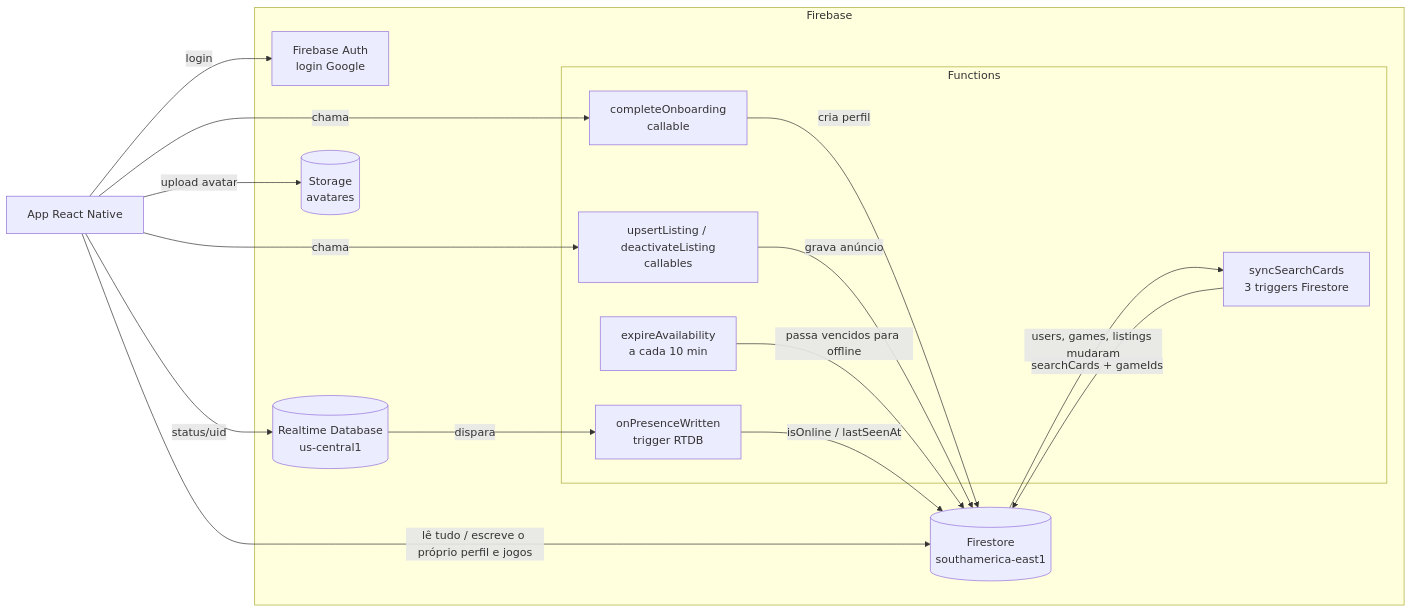
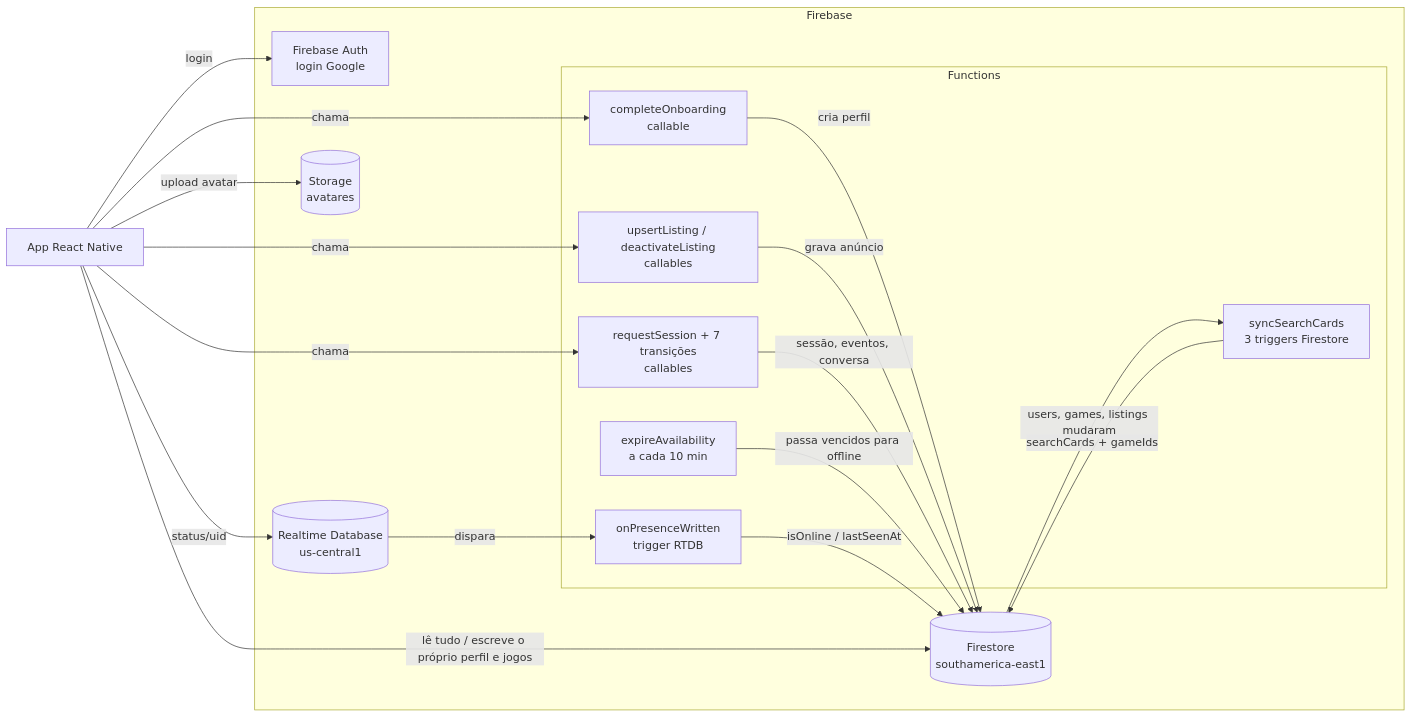
Before and after one commit to BMTeam-dev/player_two_backend: the diagram in docs/DOCs.md, drawn with Mermaid. The commit also changed other lines of this file and 10 other files, not shown here.

Commit message:
Adiciona callables de sessão: pedido e transições (tarefa 22) (#9)

````diff
--- a/docs/DOCs.md
+++ b/docs/DOCs.md
@@ -42,32 +43,35 @@
 ```mermaid
 flowchart LR
   App[App React Native]
 
   subgraph Firebase
     Auth[Firebase Auth<br/>login Google]
     FS[(Firestore<br/>southamerica-east1)]
     RTDB[(Realtime Database<br/>us-central1)]
     ST[(Storage<br/>avatares)]
     subgraph Functions
       CO[completeOnboarding<br/>callable]
       EA[expireAvailability<br/>a cada 10 min]
       PW[onPresenceWritten<br/>trigger RTDB]
       SC[syncSearchCards<br/>3 triggers Firestore]
       LI[upsertListing / deactivateListing<br/>callables]
+      SE[requestSession + 7 transições<br/>callables]
     end
   end
 
   App -- login --> Auth
   App -- lê tudo / escreve o próprio perfil e jogos --> FS
   App -- status/uid --> RTDB
   App -- upload avatar --> ST
   App -- chama --> CO
   CO -- cria perfil --> FS
   App -- chama --> LI
   LI -- grava anúncio --> FS
+  App -- chama --> SE
+  SE -- sessão, eventos, conversa --> FS
   EA -- passa vencidos para offline --> FS
   RTDB -- dispara --> PW
   PW -- isOnline / lastSeenAt --> FS
   FS -- users, games, listings mudaram --> SC
   SC -- searchCards + gameIds --> FS
 ```
````
